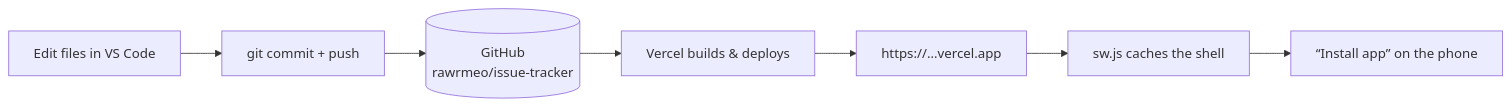
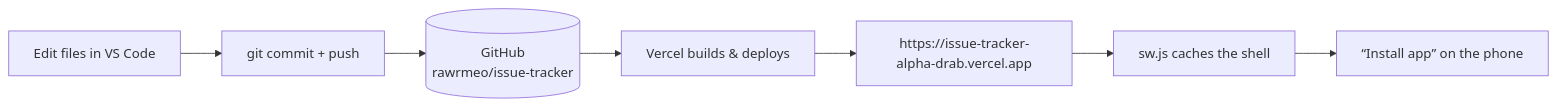
Diagram 11 of 15 in ARCHITECTURE.md (rawrmeo/issue-tracker), drawn with Mermaid before and after one commit. The commit also changed other lines of this file and 5 other files, not shown here.

````diff
--- a/ARCHITECTURE.md
+++ b/ARCHITECTURE.md
@@ -271,9 +361,9 @@
 ```mermaid
 flowchart LR
   Dev["Edit files in VS Code"] --> Git["git commit + push"]
   Git --> GH[("GitHub<br/>rawrmeo/issue-tracker")]
   GH --> Ver["Vercel builds & deploys"]
-  Ver --> Live["https://…vercel.app"]
+  Ver --> Live["https://issue-tracker-alpha-drab.vercel.app"]
   Live --> SW["sw.js caches the shell"]
   SW --> PWA["“Install app” on the phone"]
 ```
````
